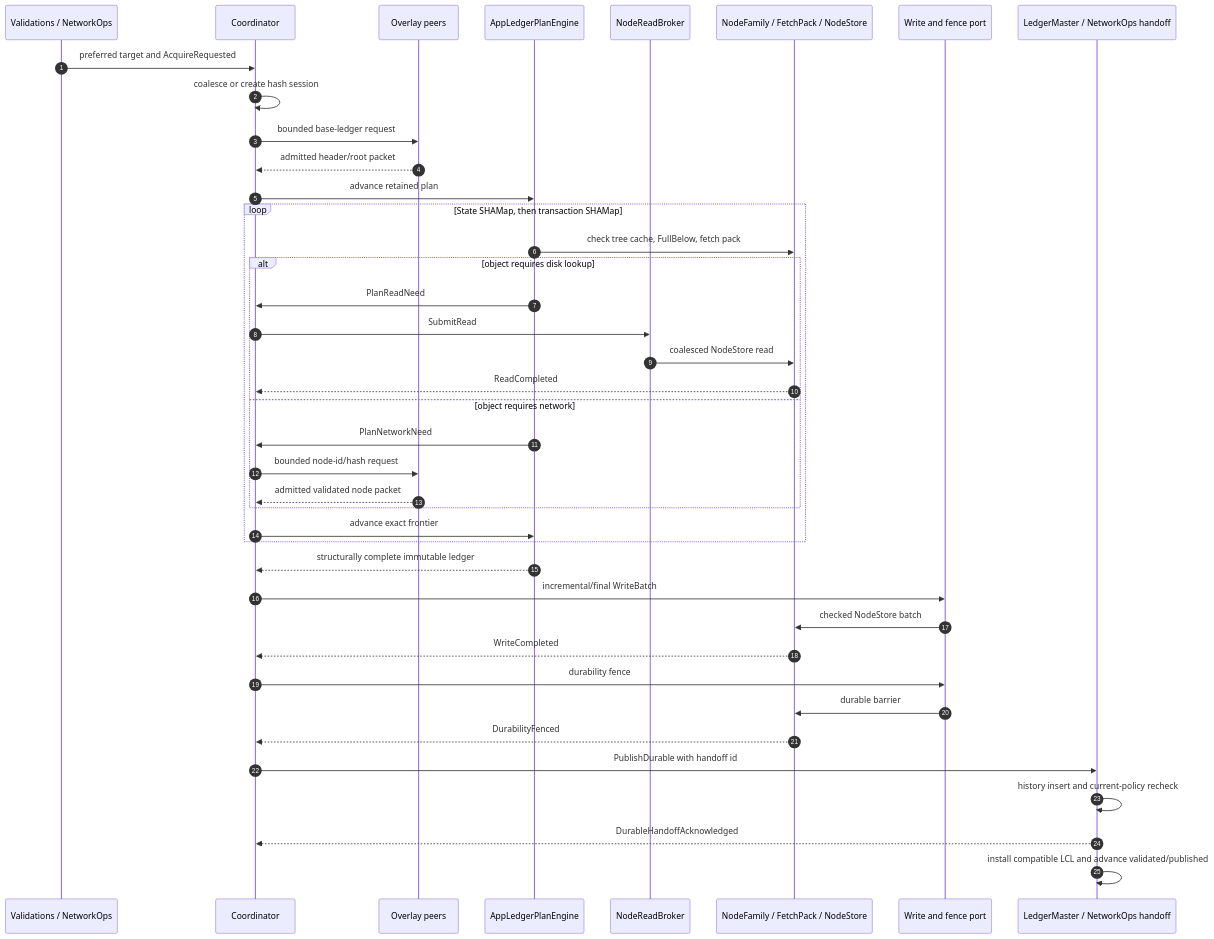
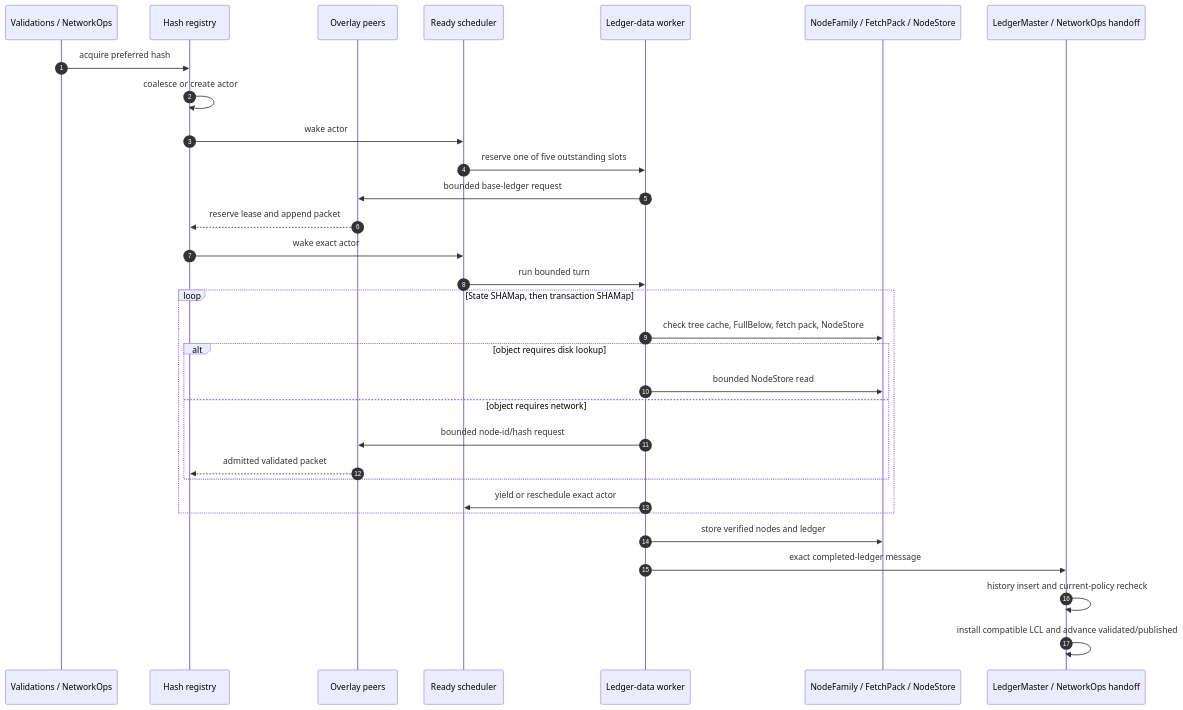
Before and after one commit to TusharPardhe/quaxar: the sixth of 10 diagrams in docs/ACQUISITION.md, drawn with Mermaid. The commit also changed other lines of this file and 9 other files, not shown here.

First line of the commit message:
fix(consensus): isolate ledger acquisition from NetworkOps

````diff
--- a/docs/ACQUISITION.md
+++ b/docs/ACQUISITION.md
@@ -262,43 +247,34 @@
 ```mermaid
 sequenceDiagram
     autonumber
     participant V as Validations / NetworkOps
-    participant C as Coordinator
+    participant R as Hash registry
     participant O as Overlay peers
-    participant E as AppLedgerPlanEngine
-    participant B as NodeReadBroker
+    participant S as Ready scheduler
+    participant W as Ledger-data worker
     participant N as NodeFamily / FetchPack / NodeStore
-    participant W as Write and fence port
     participant L as LedgerMaster / NetworkOps handoff
 
-    V->>C: preferred target and AcquireRequested
-    C->>C: coalesce or create hash session
-    C->>O: bounded base-ledger request
-    O-->>C: admitted header/root packet
-    C->>E: advance retained plan
+    V->>R: acquire preferred hash
+    R->>R: coalesce or create actor
+    R->>S: wake actor
+    S->>W: reserve one of five outstanding slots
+    W->>O: bounded base-ledger request
+    O-->>R: reserve lease and append packet
+    R->>S: wake exact actor
+    S->>W: run bounded turn
     loop State SHAMap, then transaction SHAMap
-        E->>N: check tree cache, FullBelow, fetch pack
+        W->>N: check tree cache, FullBelow, fetch pack, NodeStore
         alt object requires disk lookup
-            E->>C: PlanReadNeed
-            C->>B: SubmitRead
-            B->>N: coalesced NodeStore read
-            N-->>C: ReadCompleted
+            W->>N: bounded NodeStore read
         else object requires network
-            E->>C: PlanNetworkNeed
-            C->>O: bounded node-id/hash request
-            O-->>C: admitted validated node packet
+            W->>O: bounded node-id/hash request
+            O-->>R: admitted validated packet
         end
-        C->>E: advance exact frontier
+        W->>S: yield or reschedule exact actor
     end
-    E-->>C: structurally complete immutable ledger
-    C->>W: incremental/final WriteBatch
-    W->>N: checked NodeStore batch
-    N-->>C: WriteCompleted
-    C->>W: durability fence
-    W->>N: durable barrier
-    N-->>C: DurabilityFenced
-    C->>L: PublishDurable with handoff id
+    W->>N: store verified nodes and ledger
+    W->>L: exact completed-ledger message
     L->>L: history insert and current-policy recheck
-    L-->>C: DurableHandoffAcknowledged
     L->>L: install compatible LCL and advance validated/published
 ```
````
